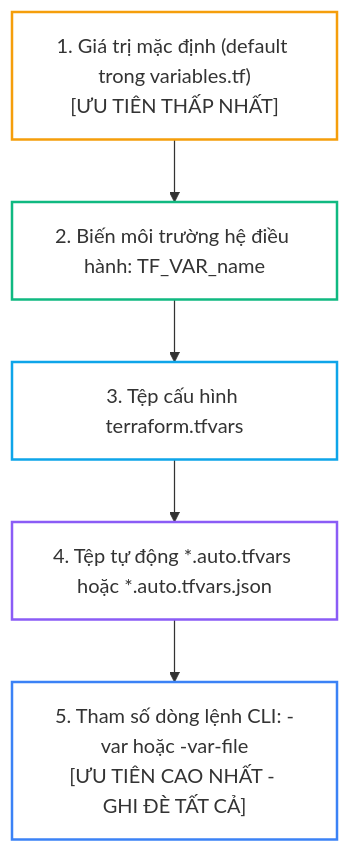
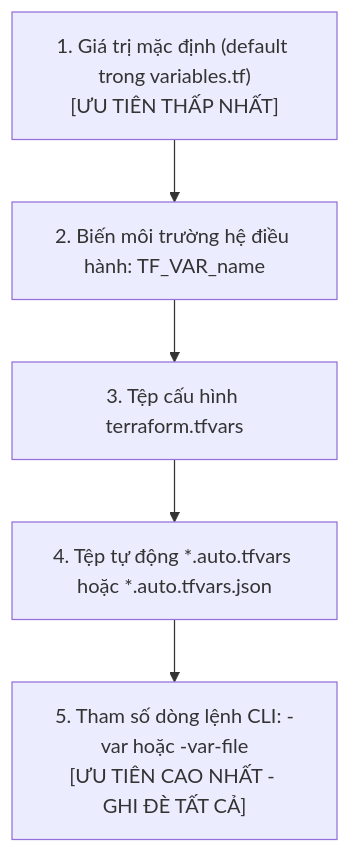
The first of 2 diagrams in _posts/2026-09-13-terraform-05-05-thiet-ke-variables-locals-outputs-chuan-enterprise.md (kiennt308/ntk), drawn with Mermaid before and after one commit. The commit also changed other lines of this file and 4 other files, not shown here.

````diff
--- a/_posts/2026-09-13-terraform-05-05-thiet-ke-variables-locals-outputs-chuan-enterprise.md
+++ b/_posts/2026-09-13-terraform-05-05-thiet-ke-variables-locals-outputs-chuan-enterprise.md
@@ -38,13 +38,9 @@
 ```mermaid
 graph TD
     V1["1. Giá trị mặc định (default trong variables.tf)<br/>[ƯU TIÊN THẤP NHẤT]"] --> V2["2. Biến môi trường hệ điều hành: TF_VAR_name"]
     V2 --> V3["3. Tệp cấu hình terraform.tfvars"]
     V3 --> V4["4. Tệp tự động *.auto.tfvars hoặc *.auto.tfvars.json"]
     V4 --> V5["5. Tham số dòng lệnh CLI: -var hoặc -var-file<br/>[ƯU TIÊN CAO NHẤT - GHI ĐÈ TẤT CẢ]"]
 
-    style V5 fill:none,stroke:#3b82f6,stroke-width:2px
-    style V3 fill:none,stroke:#0ea5e9,stroke-width:2px
-    style V2 fill:none,stroke:#10b981,stroke-width:2px
-    style V1 fill:none,stroke:#f59e0b,stroke-width:2px
-    style V4 fill:none,stroke:#8b5cf6,stroke-width:2px
+
 ```
````
